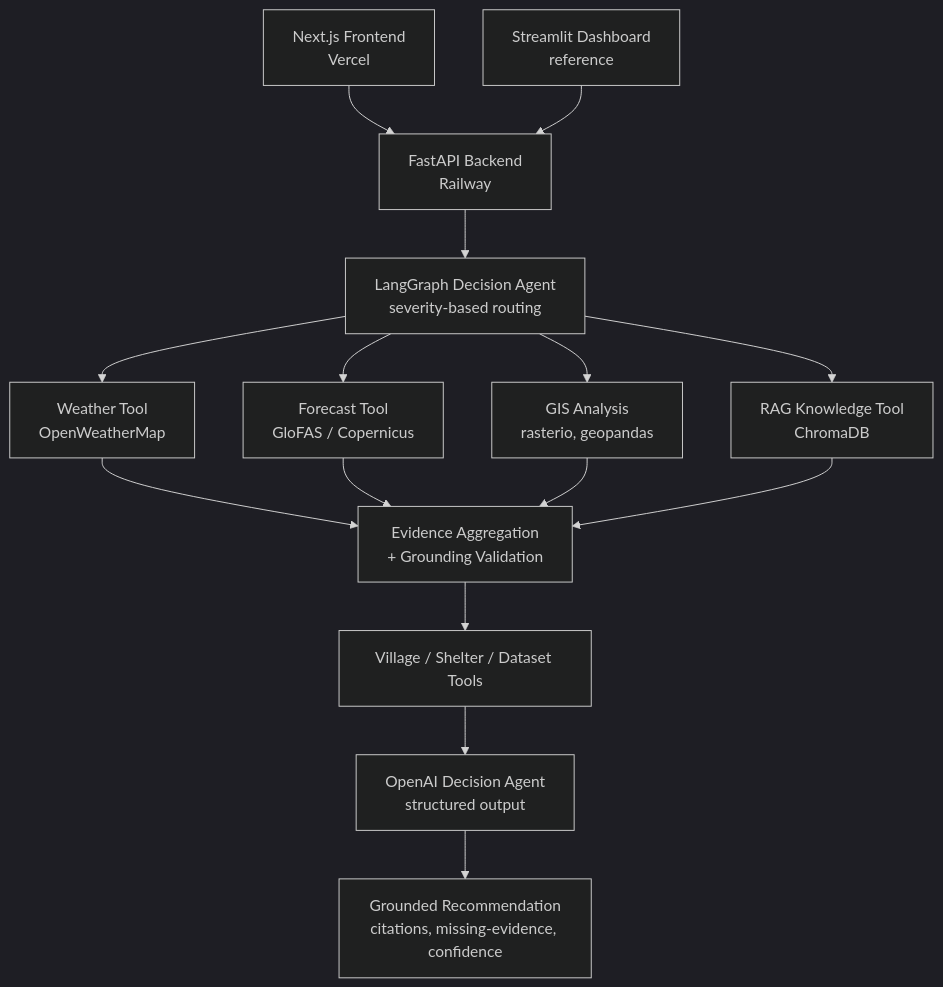
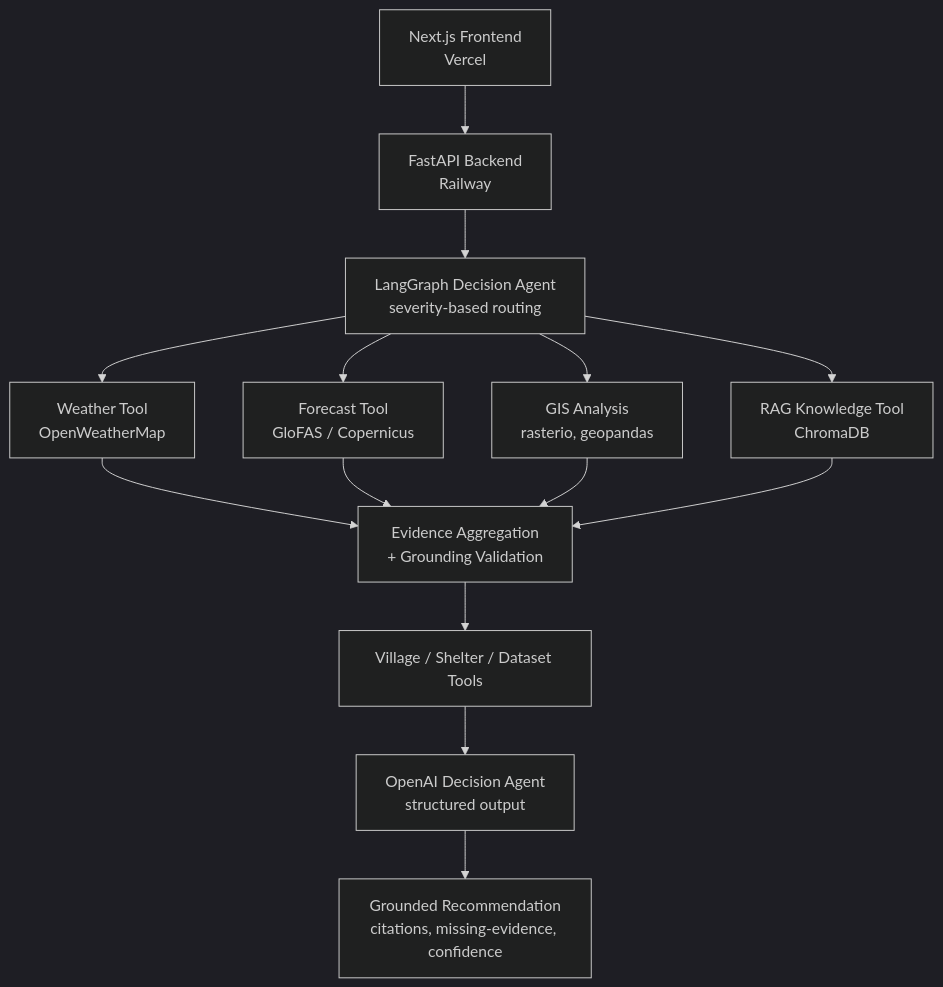
The diagram in README.md (Muhammad-Ilyas1408/flood-aware), drawn with Mermaid (dark theme) before and after one commit. The commit also changed 1 other file, not shown here.

Commit message:
docs: remove retired Streamlit node from architecture diagram

````diff
--- a/README.md
+++ b/README.md
@@ -59,17 +59,16 @@
 ```mermaid
 graph TD
     A[Next.js Frontend<br/>Vercel] --> C[FastAPI Backend<br/>Railway]
-    B[Streamlit Dashboard<br/>reference] --> C
     C --> D[LangGraph Decision Agent<br/>severity-based routing]
     D --> E[Weather Tool<br/>OpenWeatherMap]
     D --> F[Forecast Tool<br/>GloFAS / Copernicus]
     D --> G[GIS Analysis<br/>rasterio, geopandas]
     D --> H[RAG Knowledge Tool<br/>ChromaDB]
     E --> I[Evidence Aggregation<br/>+ Grounding Validation]
     F --> I
     G --> I
     H --> I
     I --> J[Village / Shelter / Dataset Tools]
     J --> K[OpenAI Decision Agent<br/>structured output]
     K --> L[Grounded Recommendation<br/>citations, missing-evidence, confidence]
 ```
````
